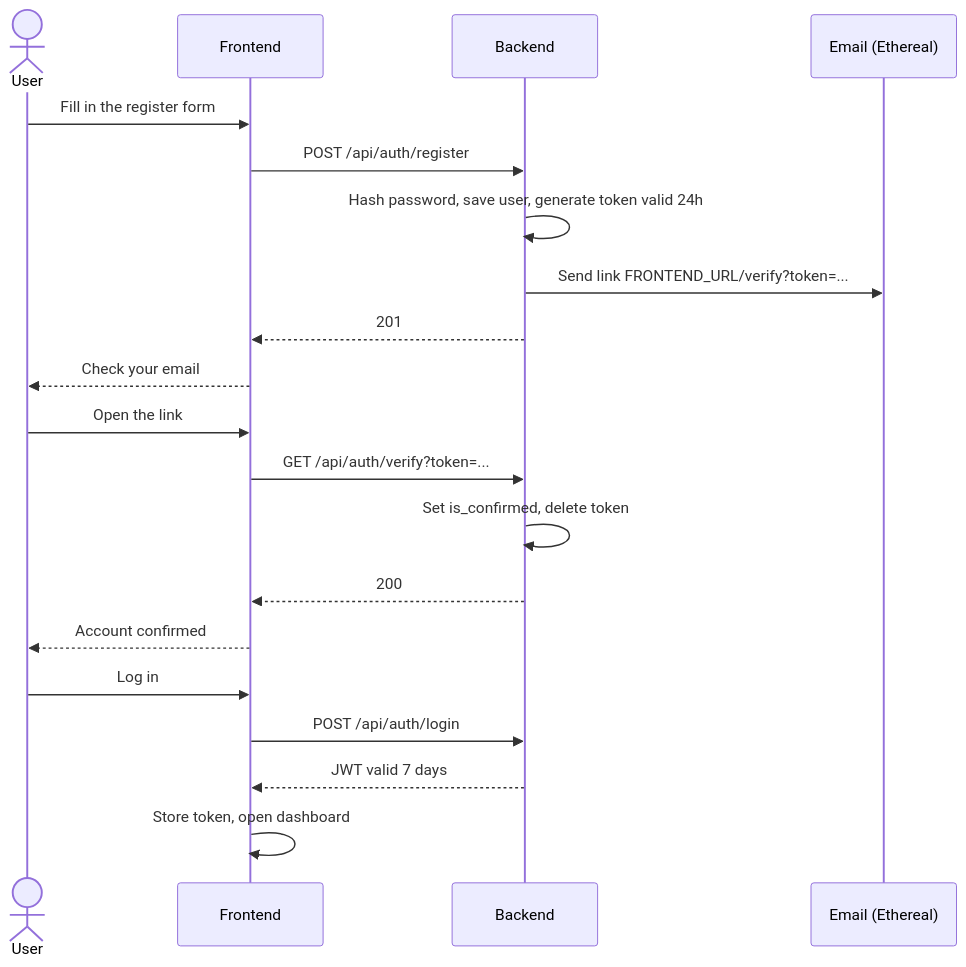
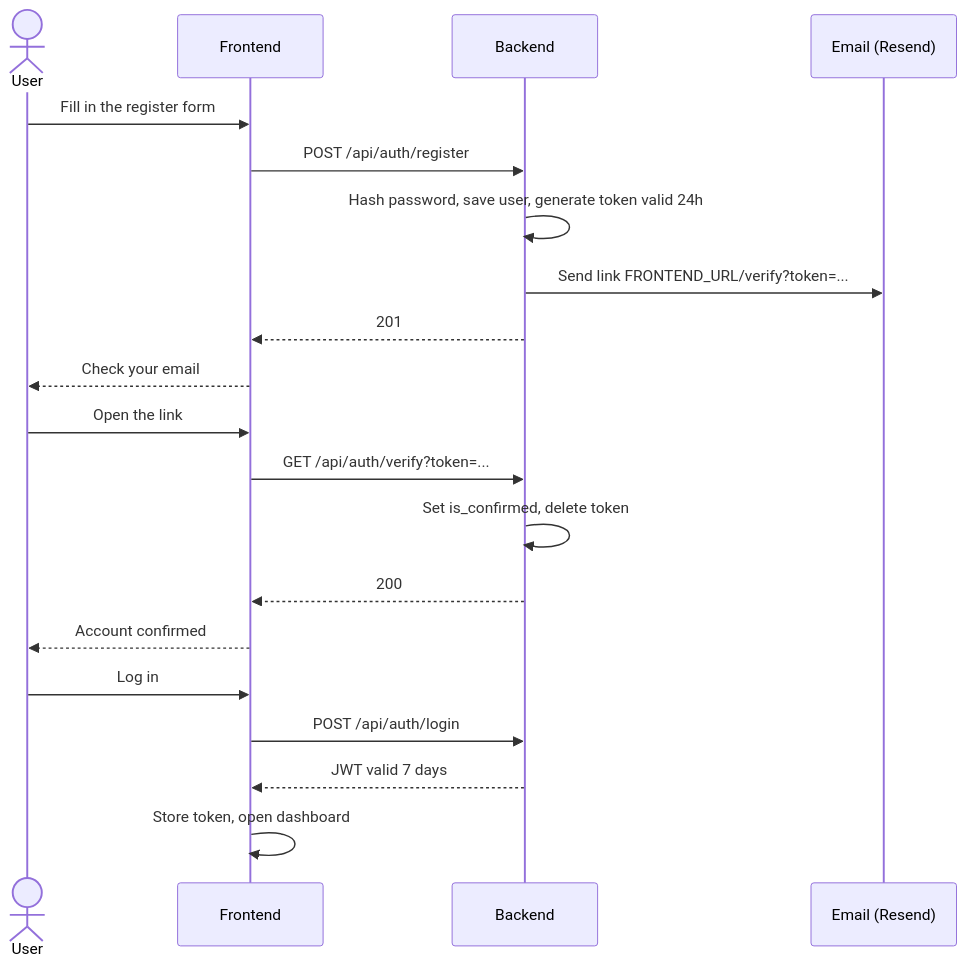
The second of 2 diagrams in docs/dev-doc.md (Thibani/Dashboard), drawn with Mermaid before and after one commit. The commit also changed other lines of this file and 5 other files, not shown here.

````diff
--- a/docs/dev-doc.md
+++ b/docs/dev-doc.md
@@ -179,22 +221,22 @@
 ```mermaid
 sequenceDiagram
     actor U as User
     participant F as Frontend
     participant B as Backend
-    participant M as Email (Ethereal)
+    participant M as Email (Resend)
     U->>F: Fill in the register form
     F->>B: POST /api/auth/register
     B->>B: Hash password, save user, generate token valid 24h
     B->>M: Send link FRONTEND_URL/verify?token=...
     B-->>F: 201
     F-->>U: Check your email
     U->>F: Open the link
     F->>B: GET /api/auth/verify?token=...
     B->>B: Set is_confirmed, delete token
     B-->>F: 200
     F-->>U: Account confirmed
     U->>F: Log in
     F->>B: POST /api/auth/login
     B-->>F: JWT valid 7 days
     F->>F: Store token, open dashboard
 ```
````
